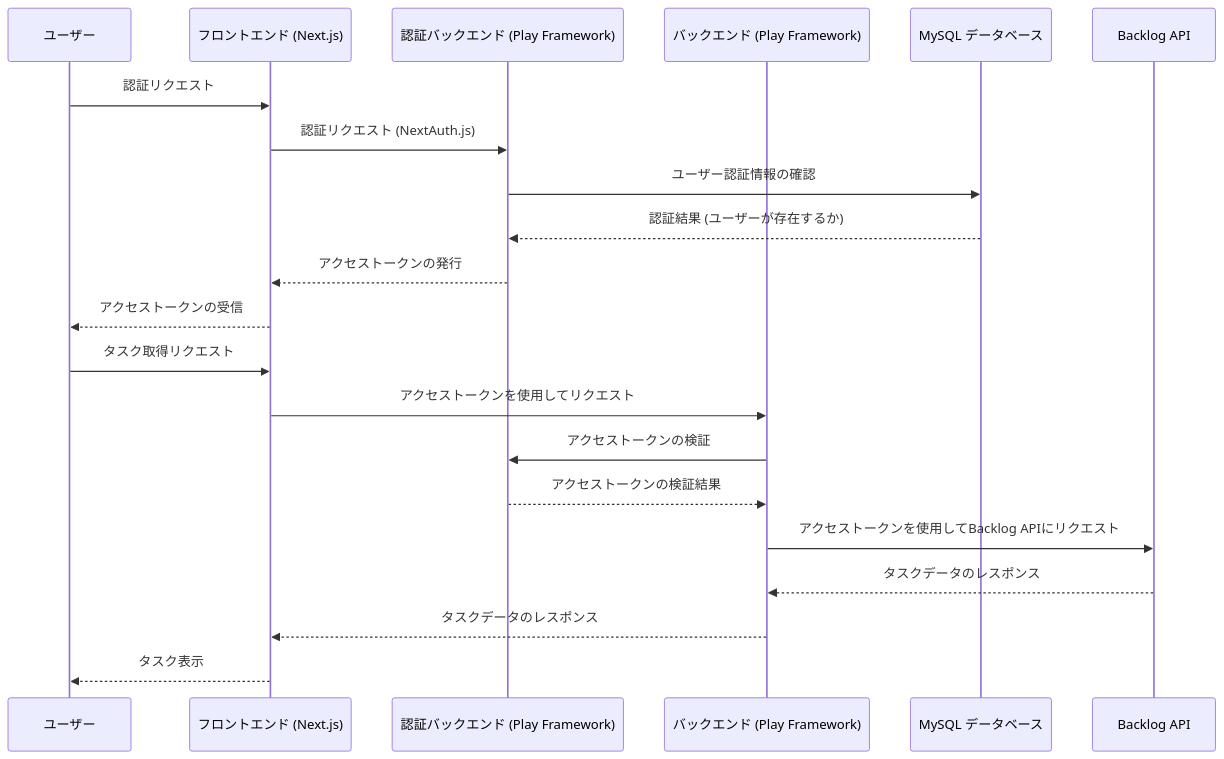
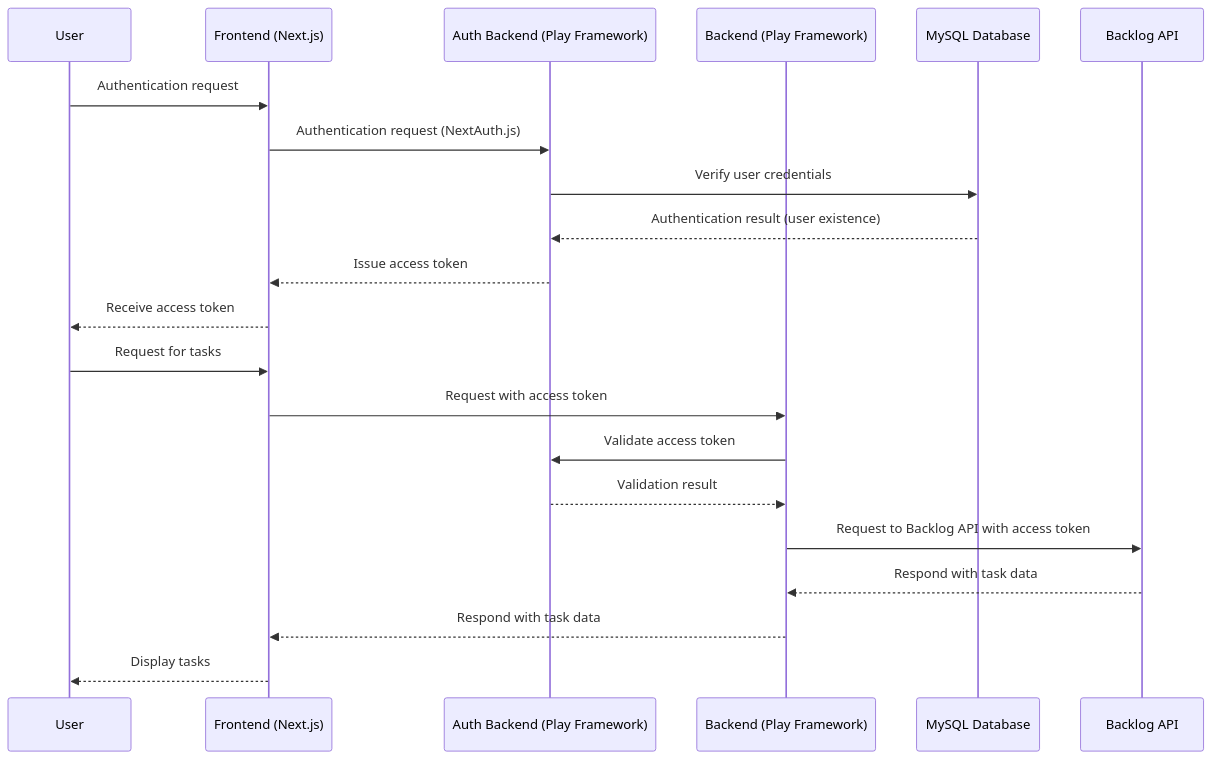
One commit to TeramachiShunsuke/sandbox-system changed the diagram in README.md. Above: the diagram before and after it, drawn with Mermaid. The commit also changed other lines of this file, not shown here.

````diff
--- a/README.md
+++ b/README.md
@@ -3,26 +28,25 @@
 ```mermaid
 sequenceDiagram
-    participant User as ユーザー
-    participant Frontend as フロントエンド (Next.js)
-    participant AuthBackend as 認証バックエンド (Play Framework)
-    participant Backend as バックエンド (Play Framework)
-    participant MySQLDB as MySQL データベース
+    participant User as User
+    participant Frontend as Frontend (Next.js)
+    participant AuthBackend as Auth Backend (Play Framework)
+    participant Backend as Backend (Play Framework)
+    participant MySQLDB as MySQL Database
     participant BacklogAPI as Backlog API
 
-    User->>Frontend: 認証リクエスト
-    Frontend->>AuthBackend: 認証リクエスト (NextAuth.js)
-    AuthBackend->>MySQLDB: ユーザー認証情報の確認
-    MySQLDB-->>AuthBackend: 認証結果 (ユーザーが存在するか)
-    AuthBackend-->>Frontend: アクセストークンの発行
-    Frontend-->>User: アクセストークンの受信
+    User->>Frontend: Authentication request
+    Frontend->>AuthBackend: Authentication request (NextAuth.js)
+    AuthBackend->>MySQLDB: Verify user credentials
+    MySQLDB-->>AuthBackend: Authentication result (user existence)
+    AuthBackend-->>Frontend: Issue access token
+    Frontend-->>User: Receive access token
 
-    User->>Frontend: タスク取得リクエスト
-    Frontend->>Backend: アクセストークンを使用してリクエスト
-    Backend->>AuthBackend: アクセストークンの検証
-    AuthBackend-->>Backend: アクセストークンの検証結果
-    Backend->>BacklogAPI: アクセストークンを使用してBacklog APIにリクエスト
-    BacklogAPI-->>Backend: タスクデータのレスポンス
-    Backend-->>Frontend: タスクデータのレスポンス
-    Frontend-->>User: タスク表示
-
+    User->>Frontend: Request for tasks
+    Frontend->>Backend: Request with access token
+    Backend->>AuthBackend: Validate access token
+    AuthBackend-->>Backend: Validation result
+    Backend->>BacklogAPI: Request to Backlog API with access token
+    BacklogAPI-->>Backend: Respond with task data
+    Backend-->>Frontend: Respond with task data
+    Frontend-->>User: Display tasks
 ```
````
